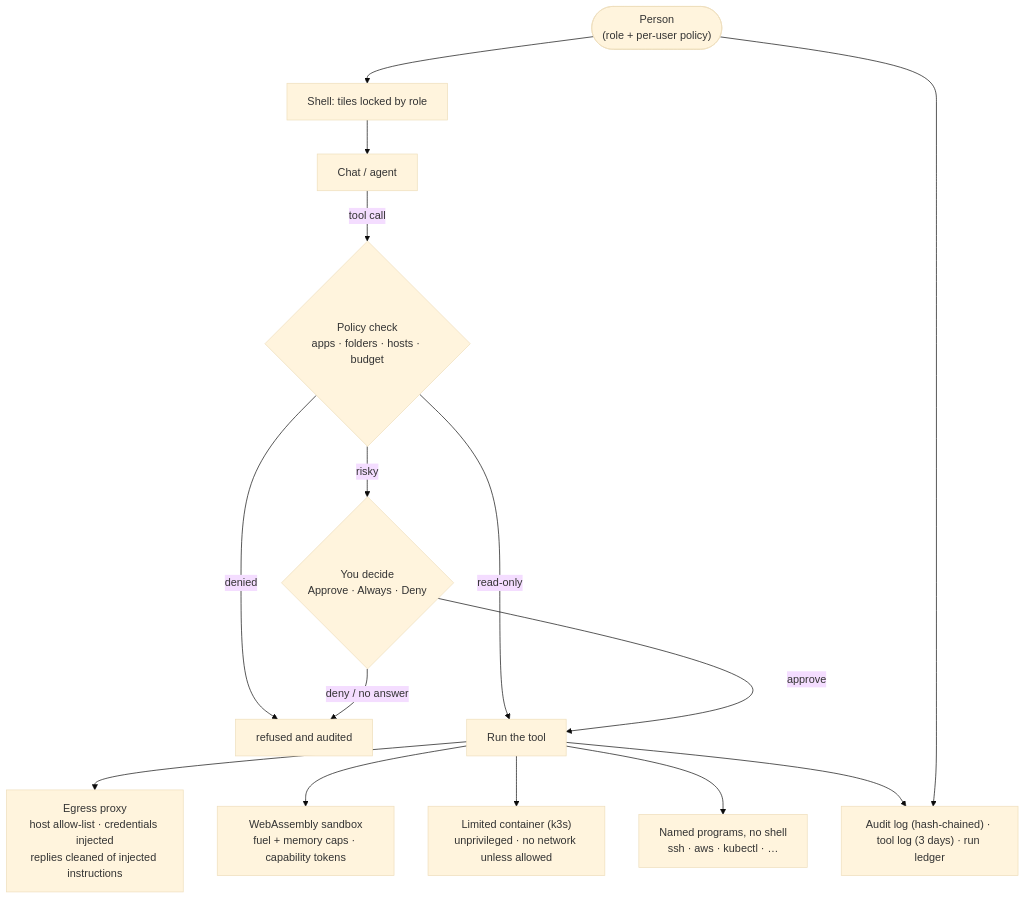
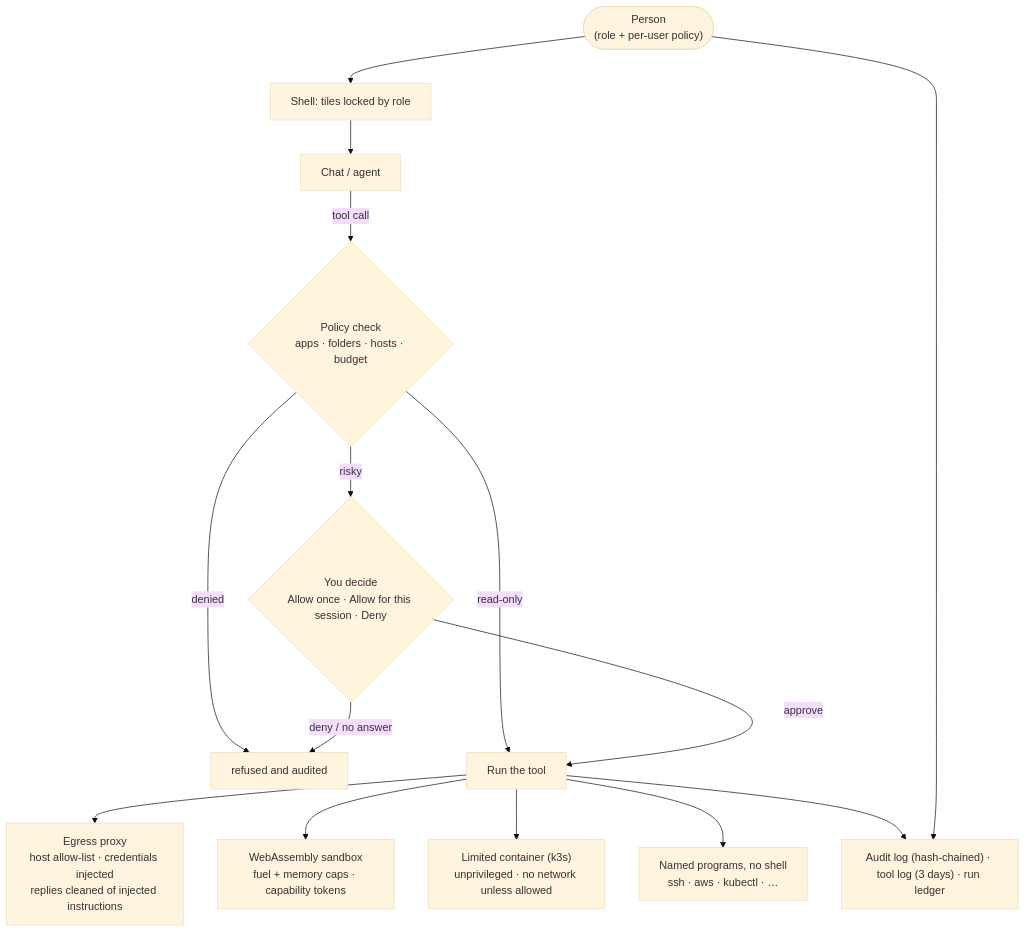
One commit to meisync/iyakki changed the second of 4 diagrams in README.md. Above: the diagram before and after it, drawn with Mermaid (base theme). The commit also changed other lines of this file and 103 other files, not shown here.

````diff
--- a/README.md
+++ b/README.md
@@ -208,19 +248,19 @@
 ```mermaid
 flowchart TB
   P(["Person<br/>(role + per-user policy)"]) --> SH["Shell: tiles locked by role"]
   SH --> CH["Chat / agent"]
   CH -->|tool call| GATE{"Policy check<br/>apps · folders · hosts · budget"}
   GATE -->|denied| X["refused and audited"]
   GATE -->|read-only| RUN
-  GATE -->|risky| ASK{"You decide<br/>Approve · Always · Deny"}
+  GATE -->|risky| ASK{"You decide<br/>Allow once · Allow for this session · Deny"}
   ASK -->|deny / no answer| X
   ASK -->|approve| RUN["Run the tool"]
 
   RUN --> NET["Egress proxy<br/>host allow-list · credentials injected<br/>replies cleaned of injected instructions"]
   RUN --> WASM["WebAssembly sandbox<br/>fuel + memory caps · capability tokens"]
   RUN --> CONT["Limited container (k3s)<br/>unprivileged · no network unless allowed"]
   RUN --> HOST["Named programs, no shell<br/>ssh · aws · kubectl · …"]
 
   RUN --> LOG["Audit log (hash-chained) · tool log (3 days) · run ledger"]
   P --> LOG
 ```
````
